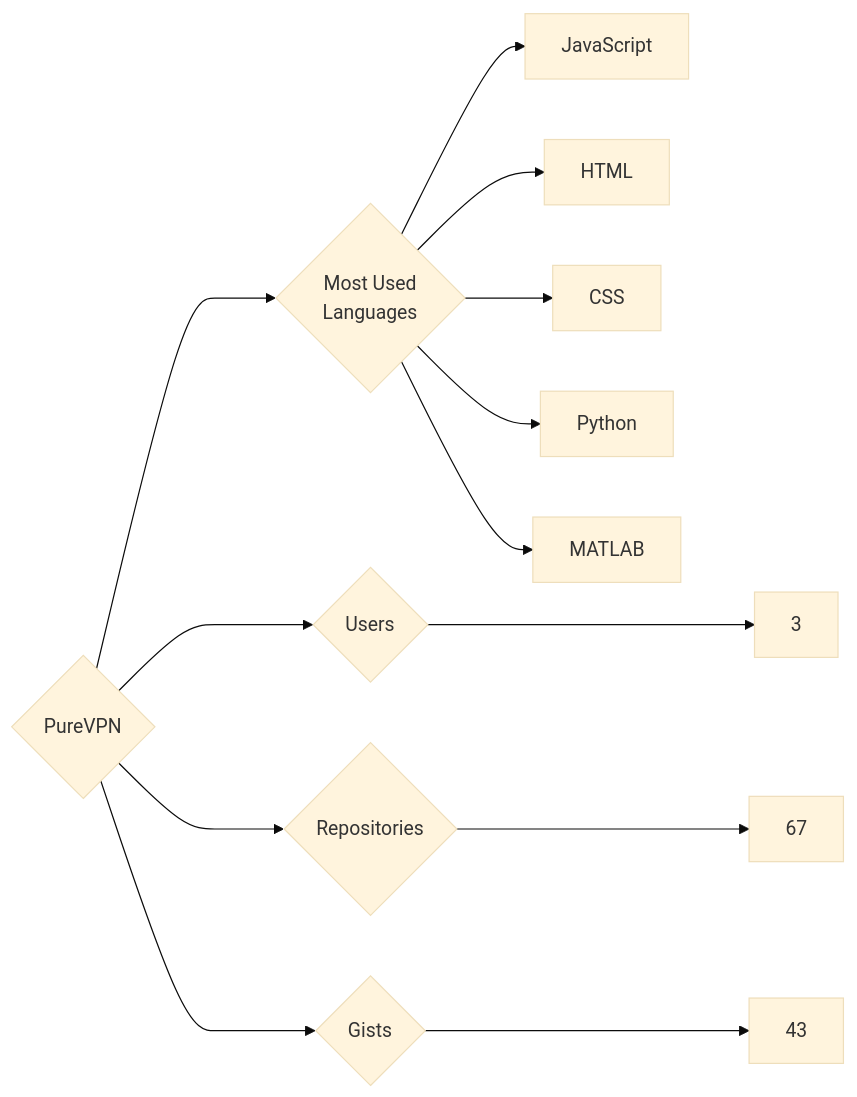
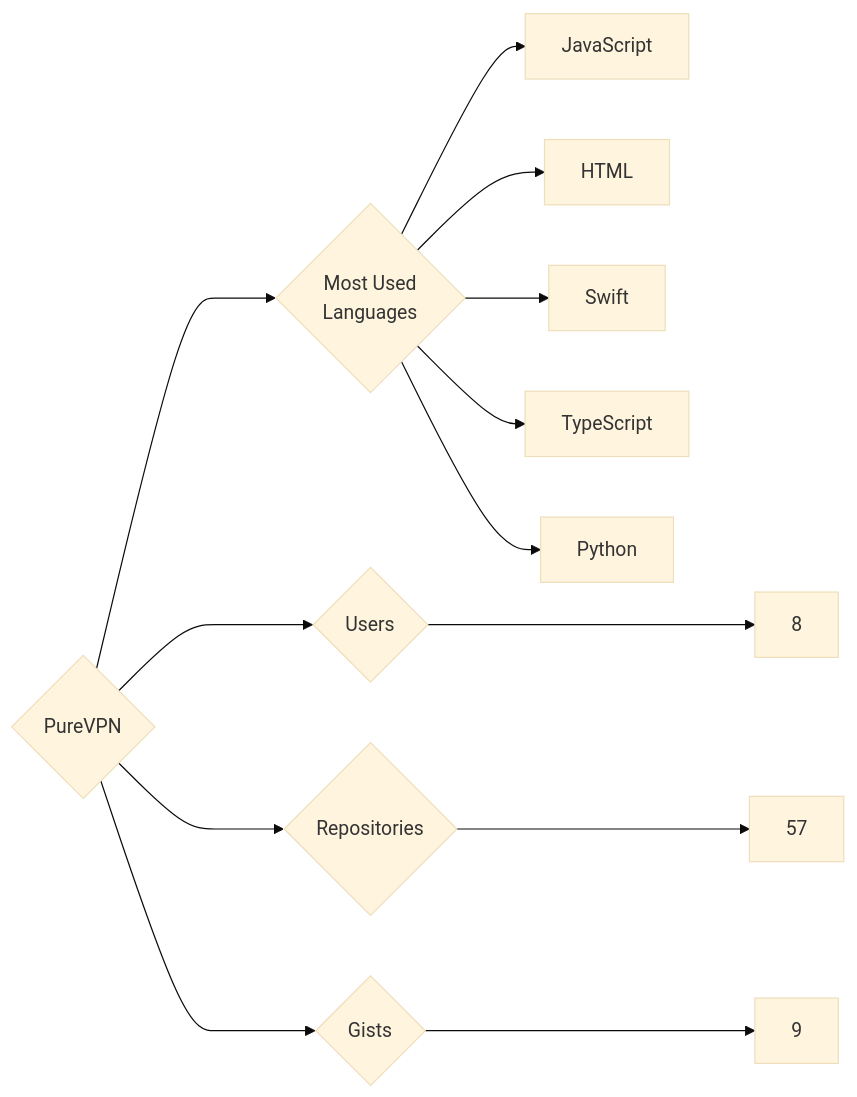
One commit to trickest/insiders changed the diagram in targets/PureVPN/README.md. Above: the diagram before and after it, drawn with Mermaid (base theme). The commit also changed 976 other files, not shown here.

````diff
--- a/targets/PureVPN/README.md
+++ b/targets/PureVPN/README.md
@@ -3,13 +3,13 @@
 ```mermaid
 graph LR
 COMPANY_NAME{PureVPN}
-COMPANY_NAME ---> U{Users} ---> UN[3]
-COMPANY_NAME ---> R{Repositories} ---> RN[67]
-COMPANY_NAME ---> G{Gists} ---> GN[43]
+COMPANY_NAME ---> U{Users} ---> UN[8]
+COMPANY_NAME ---> R{Repositories} ---> RN[57]
+COMPANY_NAME ---> G{Gists} ---> GN[9]
 COMPANY_NAME ---> ML{Most Used<br>Languages}
 ML --> JavaScript[JavaScript]
 ML --> HTML[HTML]
-ML --> CSS[CSS]
+ML --> Swift[Swift]
+ML --> TypeScript[TypeScript]
 ML --> Python[Python]
-ML --> MATLAB[MATLAB]
 ```
````
